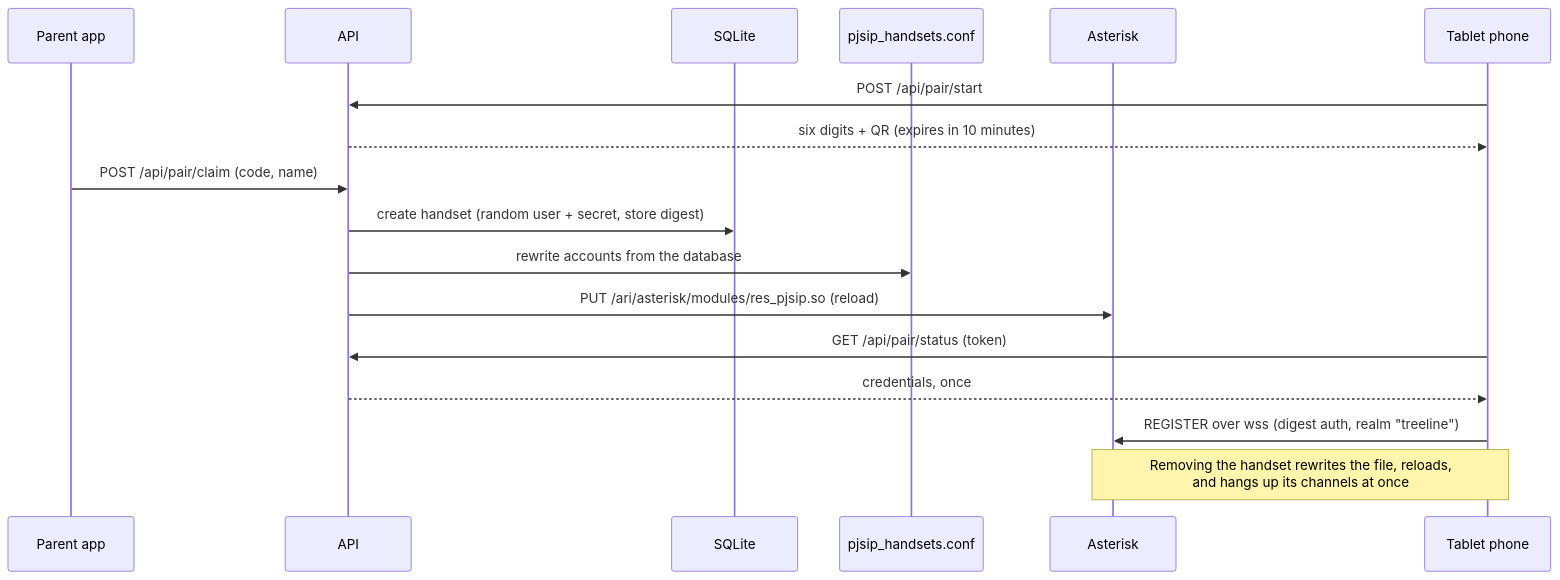
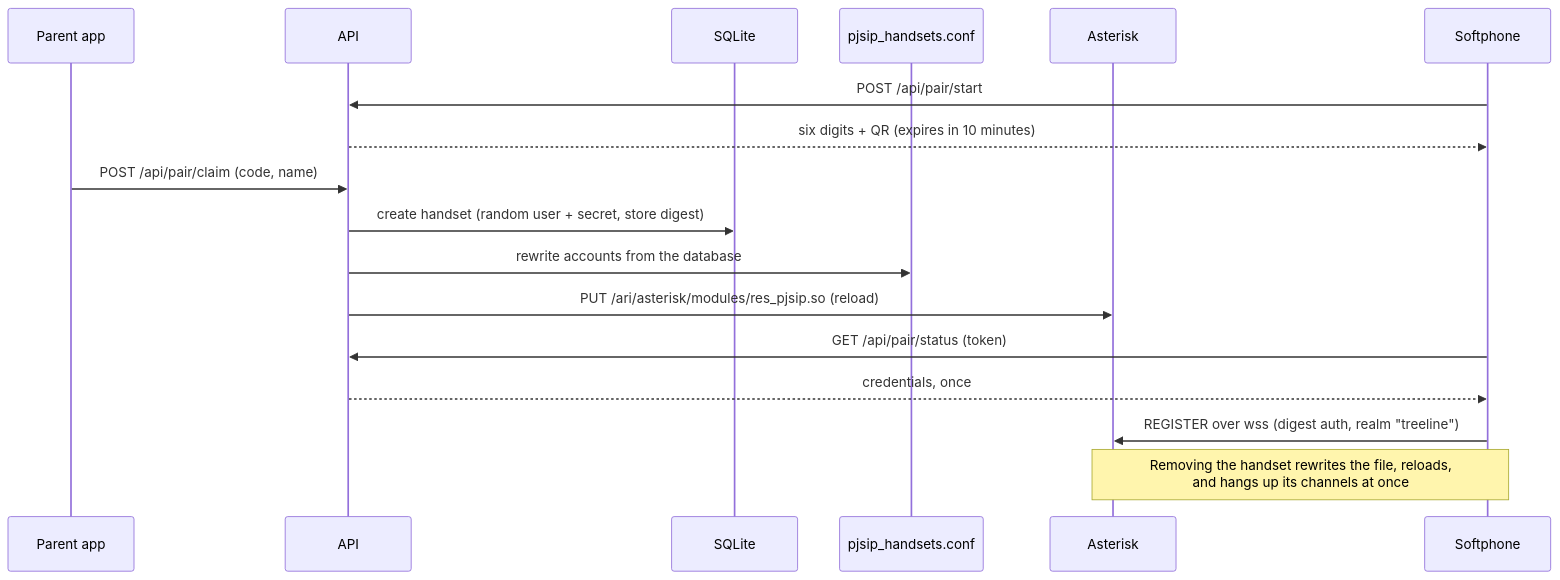
Before and after one commit to jdmiller2010/treeline: the sixth of 9 diagrams in docs/ARCHITECTURE.md, drawn with Mermaid. The commit also changed other lines of this file and 35 other files, not shown here.

First line of the commit message:
Disconnect a phone, use this device as a softphone, quieter tones, realistic dial sounds, 'softphone' wording

````diff
--- a/docs/ARCHITECTURE.md
+++ b/docs/ARCHITECTURE.md
@@ -225,20 +225,20 @@
 ```mermaid
 sequenceDiagram
     participant P as Parent app
     participant API as API
     participant DB as SQLite
     participant F as pjsip_handsets.conf
     participant A as Asterisk
-    participant T as Tablet phone
+    participant T as Softphone
 
     T->>API: POST /api/pair/start
     API-->>T: six digits + QR (expires in 10 minutes)
     P->>API: POST /api/pair/claim (code, name)
     API->>DB: create handset (random user + secret, store digest)
     API->>F: rewrite accounts from the database
     API->>A: PUT /ari/asterisk/modules/res_pjsip.so (reload)
     T->>API: GET /api/pair/status (token)
     API-->>T: credentials, once
     T->>A: REGISTER over wss (digest auth, realm "treeline")
     Note over T,A: Removing the handset rewrites the file, reloads,<br/>and hangs up its channels at once
 ```
````
